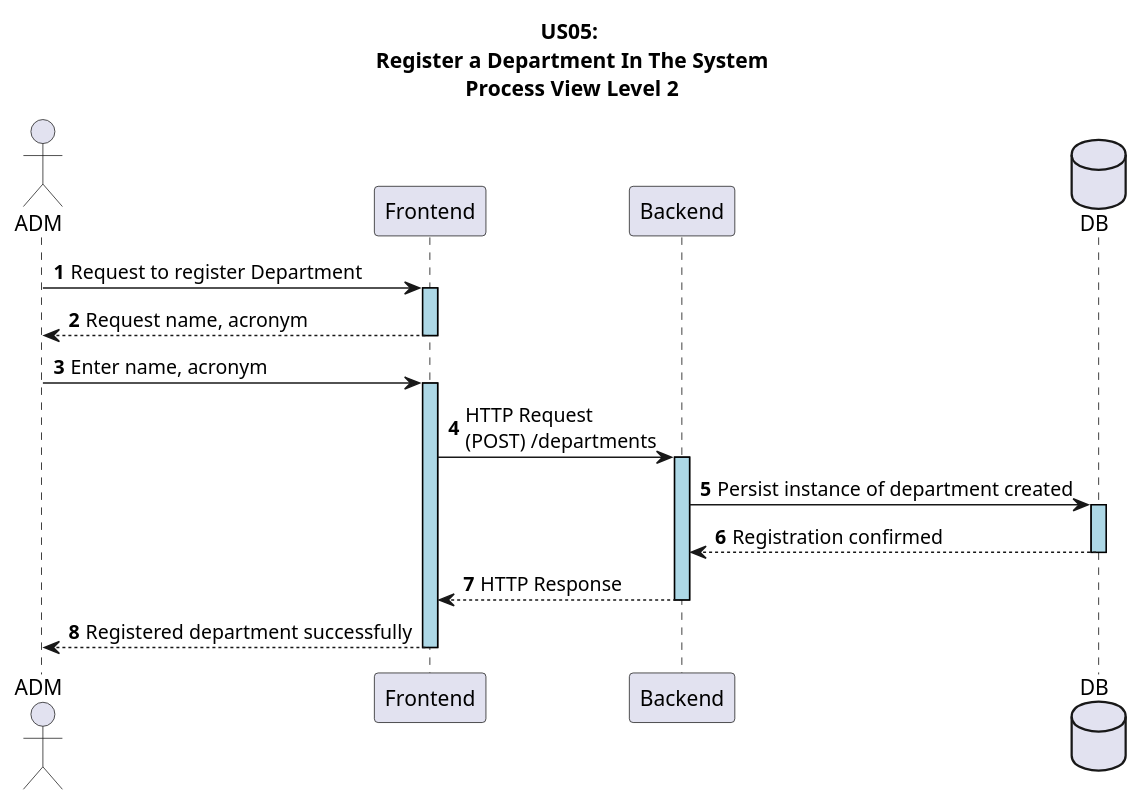
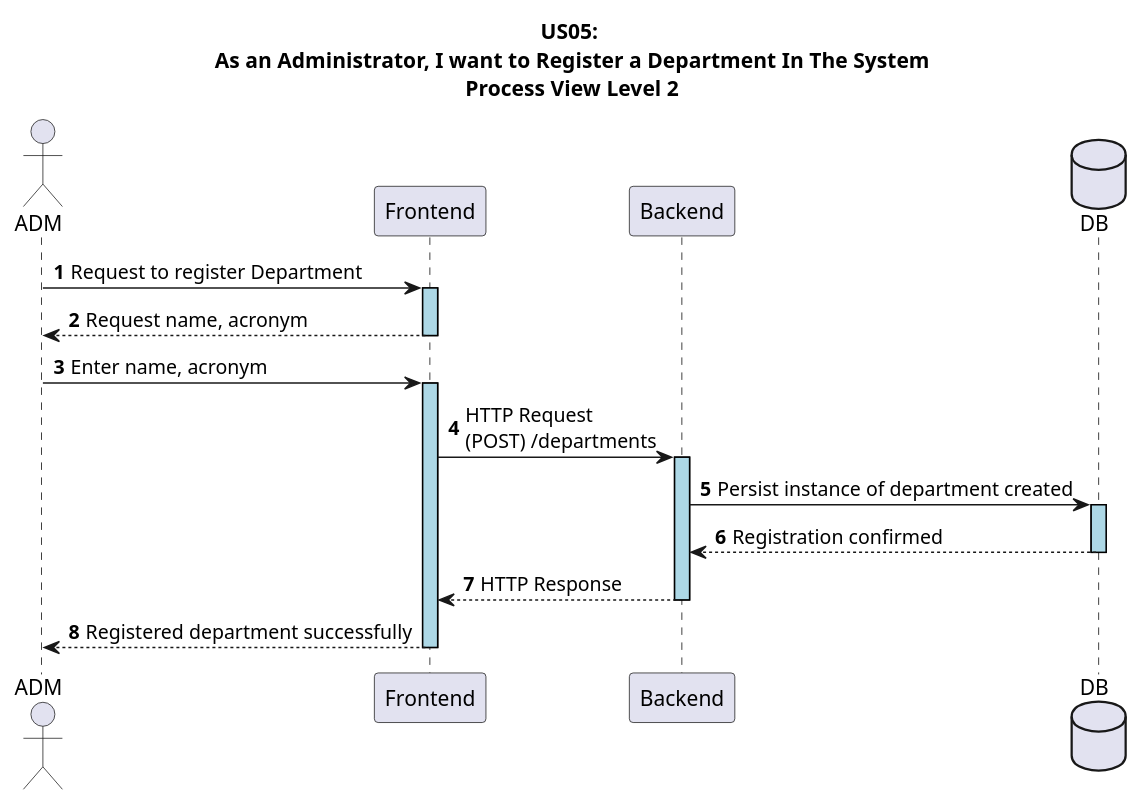
Before and after one commit to GasparISEP/DevOps-PAI: the diagram in docs/US05/sprint6_RestAPI/ProcessView/US05_RestAPI_ProcessView_Level2.puml, drawn with PlantUML. The commit also changed 4 other files, not shown here.

```diff
--- a/docs/US05/sprint6_RestAPI/ProcessView/US05_RestAPI_ProcessView_Level2.puml
+++ b/docs/US05/sprint6_RestAPI/ProcessView/US05_RestAPI_ProcessView_Level2.puml
@@ -1,25 +1,25 @@
 @startuml
 autonumber
 
 skinparam sequence {
    LifelineBorderColor black
    LifelineBackgroundColor LightBlue
  }
 
-title US05:\n Register a Department In The System\n Process View Level 2
+title US05:\n As an Administrator, I want to Register a Department In The System\n Process View Level 2
 actor ADM
 participant "Frontend" as FE
 participant "Backend" as BE
 database DB
 
 ADM -> FE ++: Request to register Department
 FE --> ADM --: Request name, acronym
 ADM -> FE ++: Enter name, acronym
 
 FE -> BE ++: HTTP Request \n(POST) /departments
 BE -> DB ++: Persist instance of department created
 DB --> BE --: Registration confirmed
 BE --> FE --: HTTP Response
 FE --> ADM --: Registered department successfully
 
 @enduml
```
